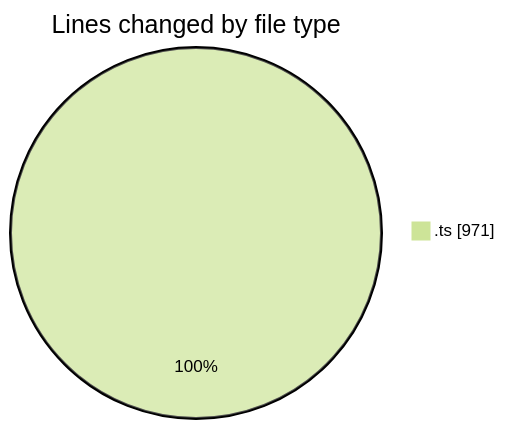
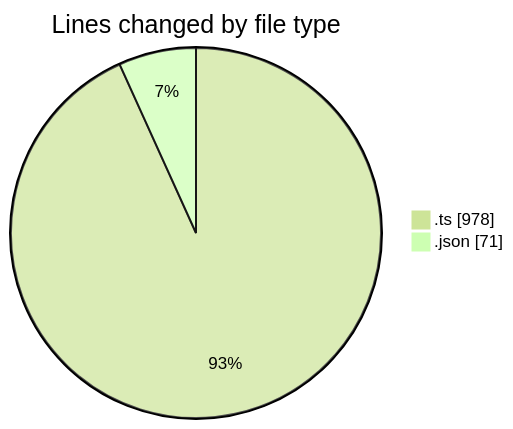
Before and after one commit to lephambinh05/code-tracking: the first of 2 diagrams in 2025-09-10/hiai-phf/README.md, drawn with Mermaid (forest theme). The commit also changed other lines of this file and 1 other file, not shown here.

````diff
--- a/2025-09-10/hiai-phf/README.md
+++ b/2025-09-10/hiai-phf/README.md
@@ -22,5 +23,6 @@
 ```mermaid
 pie showData
 title Lines changed by file type
-".ts" : 971
+".ts" : 978
+".json" : 71
 ```
````
